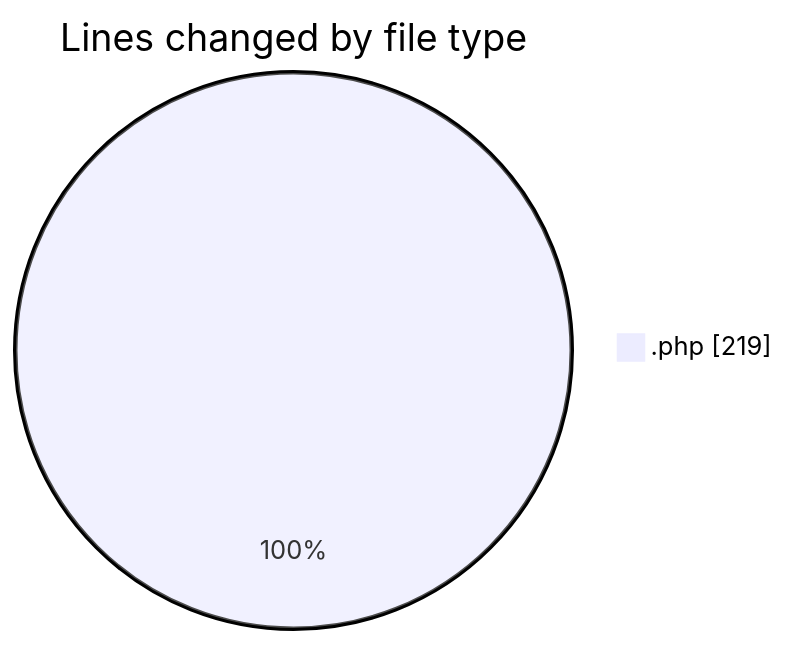
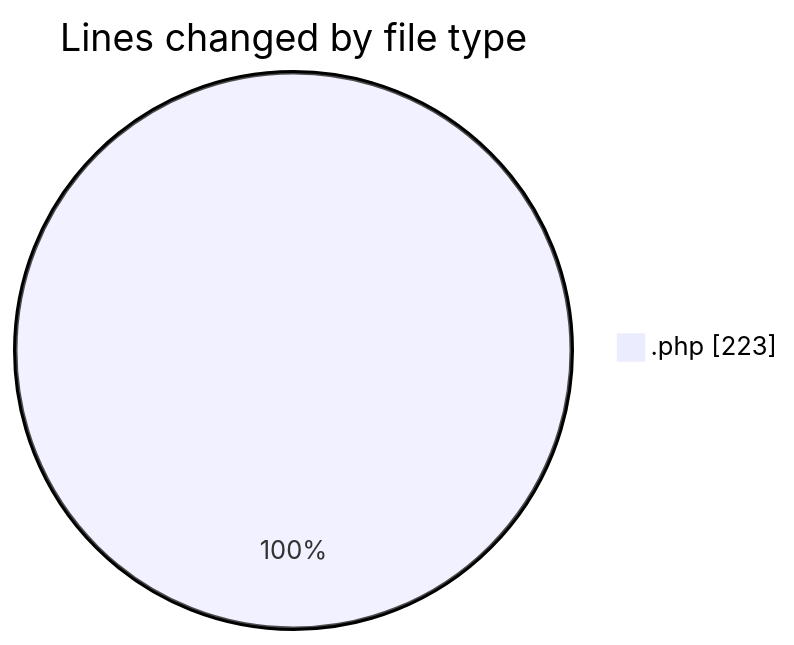
Before and after one commit to LanceThiago/code-tracking: the first of 2 diagrams in 2025-10-01/totem2/README.md, drawn with Mermaid. The commit also changed other lines of this file and 1 other file, not shown here.

````diff
--- a/2025-10-01/totem2/README.md
+++ b/2025-10-01/totem2/README.md
@@ -21,5 +21,5 @@
 ```mermaid
 pie showData
 title Lines changed by file type
-".php" : 219
+".php" : 223
 ```
````
